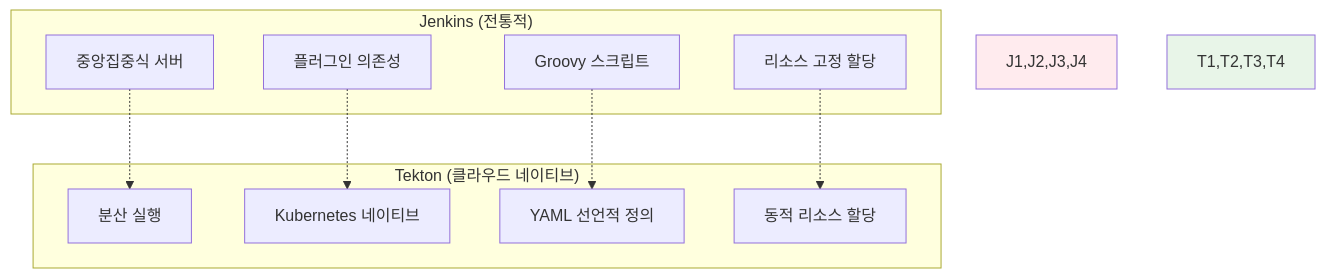
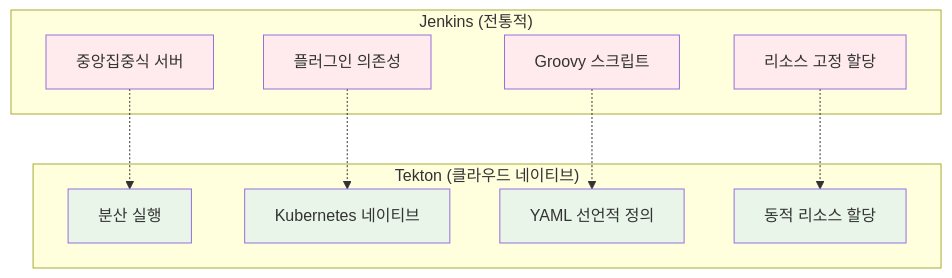
The fourth of 9 diagrams in theory/week_04/day4/session_3.md (niceguy61/kdt_devops_lecture_2025), drawn with Mermaid before and after one commit. The commit also changed other lines of this file and 2 other files, not shown here.

Commit message:
mermaid style change

````diff
--- a/theory/week_04/day4/session_3.md
+++ b/theory/week_04/day4/session_3.md
@@ -187,24 +187,30 @@
 ```mermaid
 graph TB
     subgraph "Jenkins (전통적)"
         J1[중앙집중식 서버]
         J2[플러그인 의존성]
         J3[Groovy 스크립트]
         J4[리소스 고정 할당]
     end
     
     subgraph "Tekton (클라우드 네이티브)"
         T1[분산 실행]
         T2[Kubernetes 네이티브]
         T3[YAML 선언적 정의]
         T4[동적 리소스 할당]
     end
     
     J1 -.-> T1
     J2 -.-> T2
     J3 -.-> T3
     J4 -.-> T4
     
-    style J1,J2,J3,J4 fill:#ffebee
-    style T1,T2,T3,T4 fill:#e8f5e8
+    style J1 fill:#ffebee
+    style J2 fill:#ffebee
+    style J3 fill:#ffebee
+    style J4 fill:#ffebee
+    style T1 fill:#e8f5e8
+    style T2 fill:#e8f5e8
+    style T3 fill:#e8f5e8
+    style T4 fill:#e8f5e8
 ```
````
